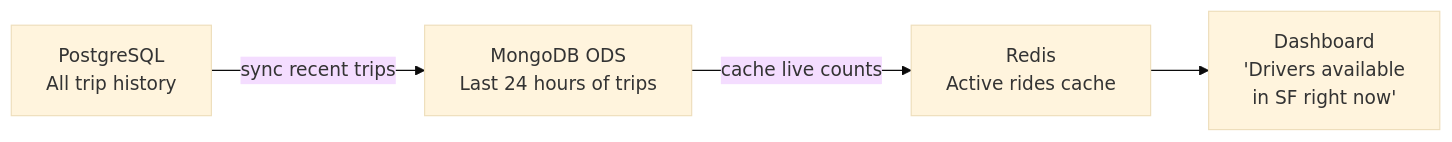
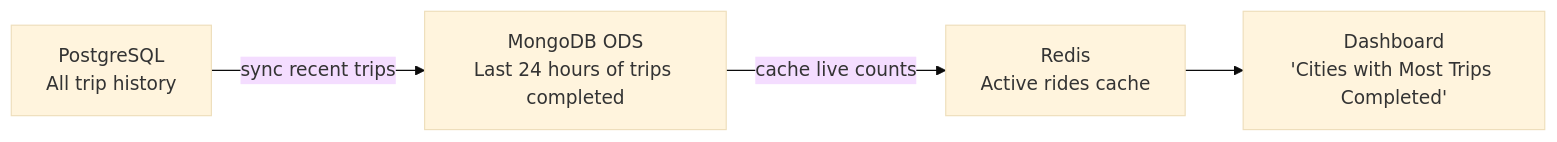
One commit to ng-clement/dsai-mod2wk1-coaching changed the second of 6 diagrams in lesson.md. Above: the diagram before and after it, drawn with Mermaid (base theme). The commit also changed other lines of this file and 1 other file, not shown here.

````diff
--- a/lesson.md
+++ b/lesson.md
@@ -101,11 +103,11 @@
 ```mermaid
 flowchart LR
     PG["PostgreSQL<br/>All trip history"]
-    MONGO["MongoDB ODS<br/>Last 24 hours of trips"]
+    MONGO["MongoDB ODS<br/>Last 24 hours of trips completed"]
     REDIS["Redis<br/>Active rides cache"]
-    DASH["Dashboard<br/>'Drivers available<br/>in SF right now'"]
+    DASH["Dashboard<br/>'Cities with Most Trips Completed'"]
 
     PG -->|"sync recent trips"| MONGO
     MONGO -->|"cache live counts"| REDIS
     REDIS --> DASH
 ```
````
